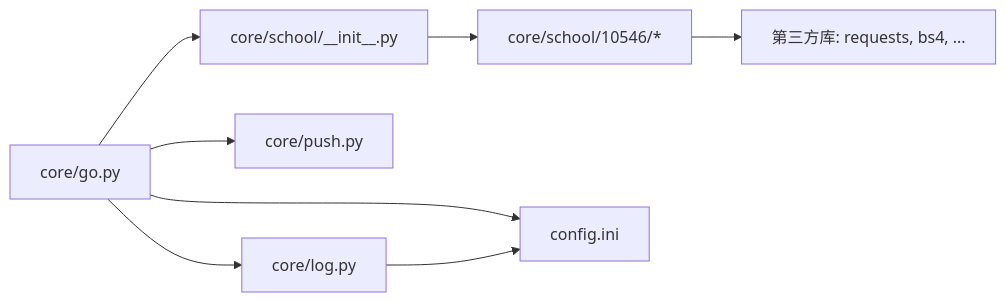
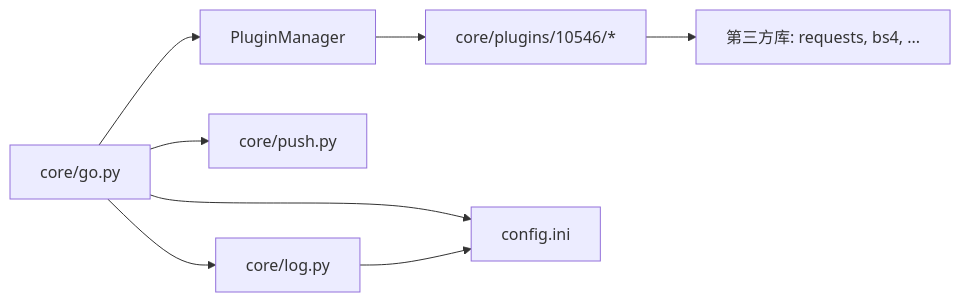
One commit to pjnt9372/Capture_Push changed the fourth of 4 diagrams in .wiki/zh/content/API 参考文档/院校模块 API/接口规范.md. Above: the diagram before and after it, drawn with Mermaid. The commit also changed other lines of this file and 37 other files, not shown here.

````diff
--- a/.wiki/zh/content/API 参考文档/院校模块 API/接口规范.md
+++ b/.wiki/zh/content/API 参考文档/院校模块 API/接口规范.md
@@ -316,10 +195,10 @@
 ```mermaid
 graph LR
-GO["core/go.py"] --> SCH["core/school/__init__.py"]
+GO["core/go.py"] --> PM["PluginManager"]
 GO --> PUSH["core/push.py"]
 GO --> LOG["core/log.py"]
-SCH --> SCH10546["core/school/10546/*"]
-SCH10546 --> REQ["第三方库: requests, bs4, ..."]
+PM --> PLUGIN["core/plugins/10546/*"]
+PLUGIN --> REQ["第三方库: requests, bs4, ..."]
 GO --> CFG["config.ini"]
 LOG --> CFG
 ```
````
